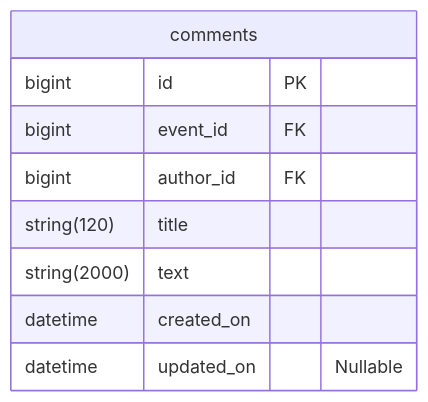
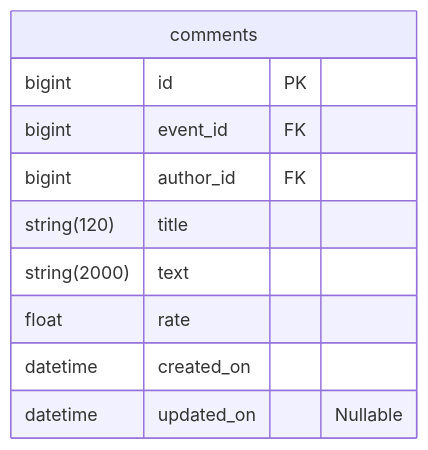
One commit to MariaFantasy/java-explore-with-me-plus changed the diagram in README.md. Above: the diagram before and after it, drawn with Mermaid. The commit also changed other lines of this file, not shown here.

````diff
--- a/README.md
+++ b/README.md
@@ -8,12 +9,13 @@
 ```mermaid
 erDiagram
     comments {
         bigint id PK
         bigint event_id FK
         bigint author_id FK
         string(120) title
         string(2000) text
+        float rate
         datetime created_on
         datetime updated_on "Nullable"
     }
 ```
````
